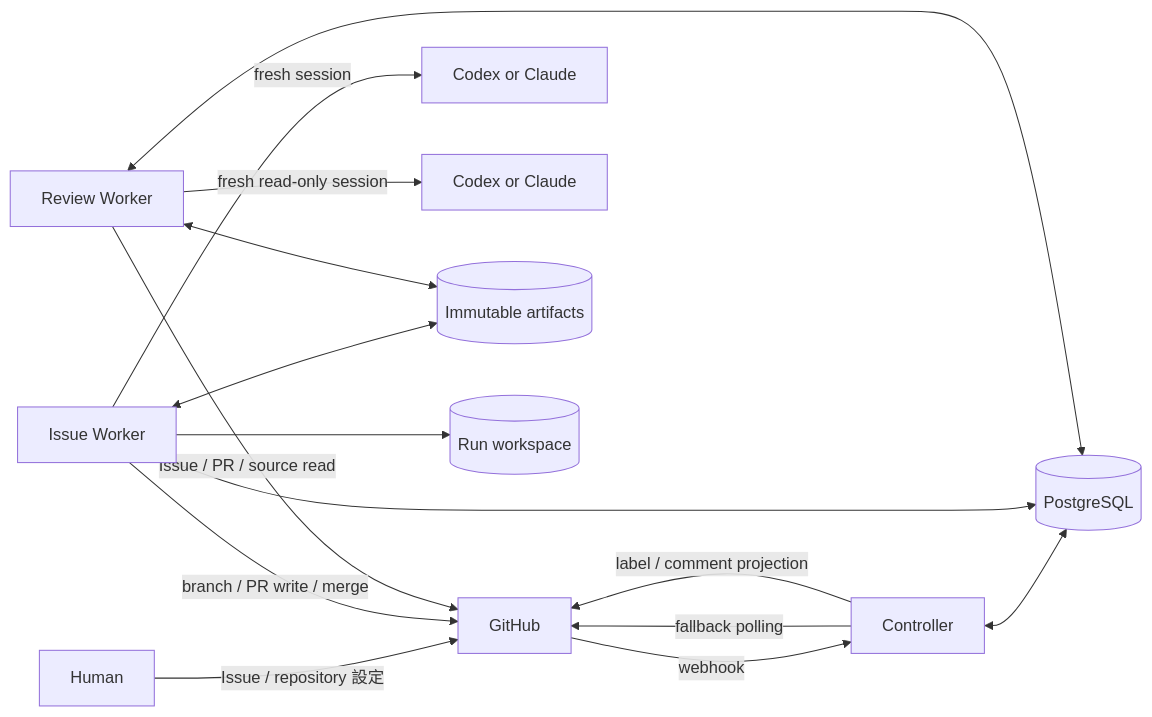
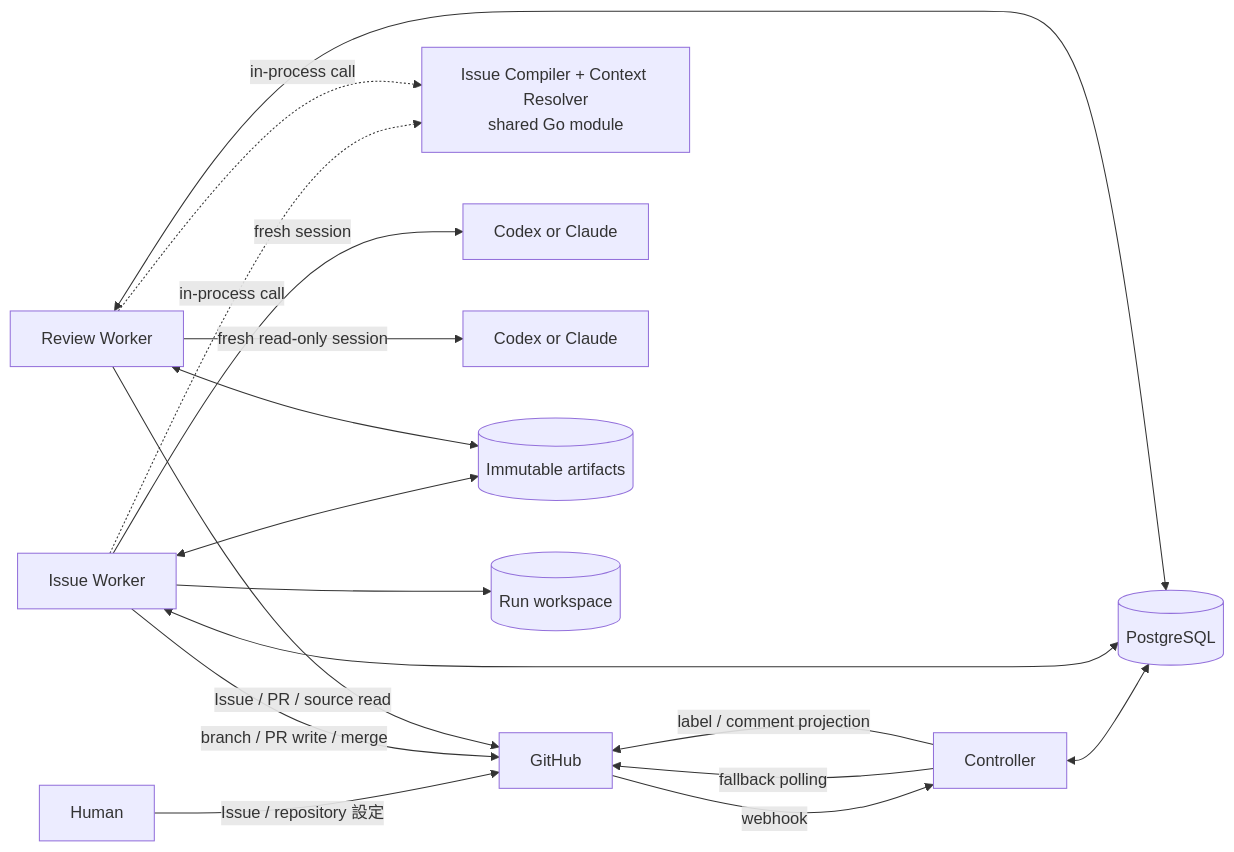
Before and after one commit to mrbaron3/kudo: the diagram in docs/spec/03_system-spec/README.md, drawn with Mermaid. The commit also changed other lines of this file and 54 other files, not shown here.

````diff
--- a/docs/spec/03_system-spec/README.md
+++ b/docs/spec/03_system-spec/README.md
@@ -45,17 +45,19 @@
 ```mermaid
 flowchart LR
     H[Human] -->|Issue / repository 設定| GH[GitHub]
     GH -->|webhook| C[Controller]
     C -->|fallback polling| GH
     C <--> DB[(PostgreSQL)]
     IW[Issue Worker] <--> DB
     RW[Review Worker] <--> DB
+    IW -.->|in-process call| LC[Issue Compiler + Context Resolver<br/>shared Go module]
+    RW -.->|in-process call| LC
     C -->|label / comment projection| GH
     IW -->|branch / PR write / merge| GH
     RW -->|Issue / PR / source read| GH
     IW -->|fresh session| IP[Codex or Claude]
     RW -->|fresh read-only session| RP[Codex or Claude]
     IW <--> AS[(Immutable artifacts)]
     RW <--> AS
     IW --> WS[(Run workspace)]
 ```
````
